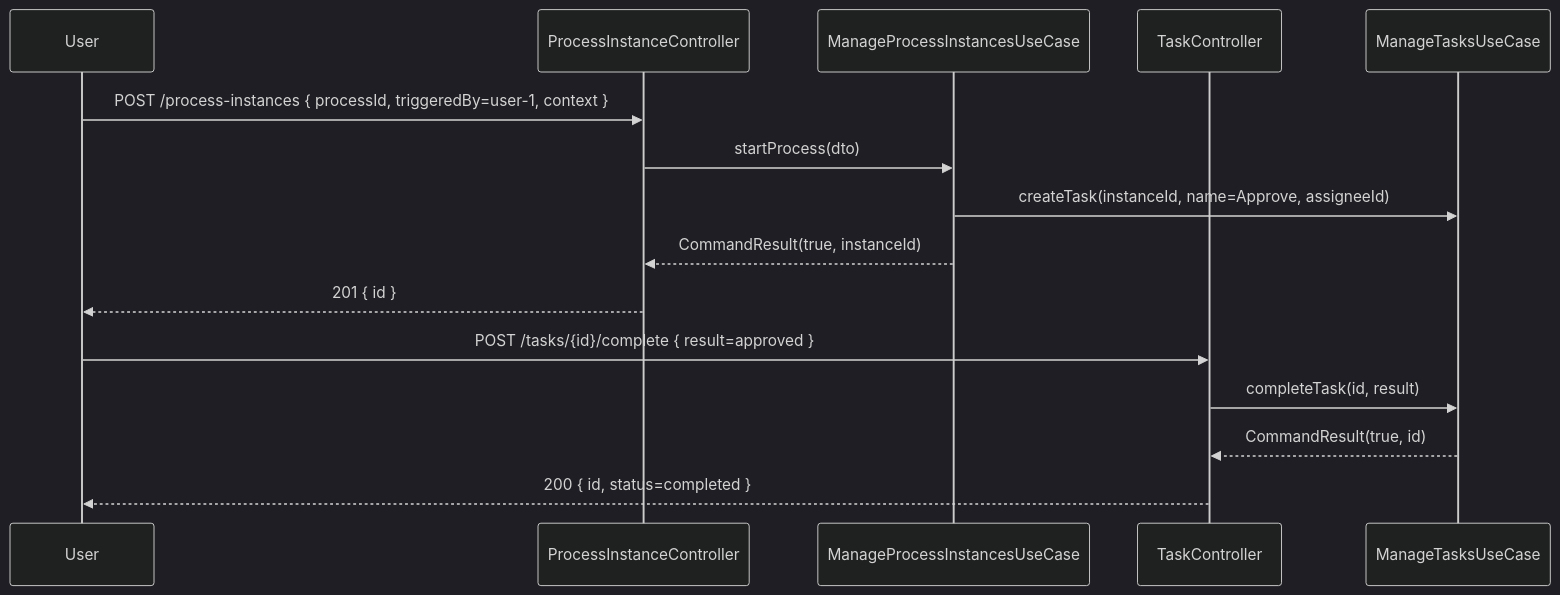
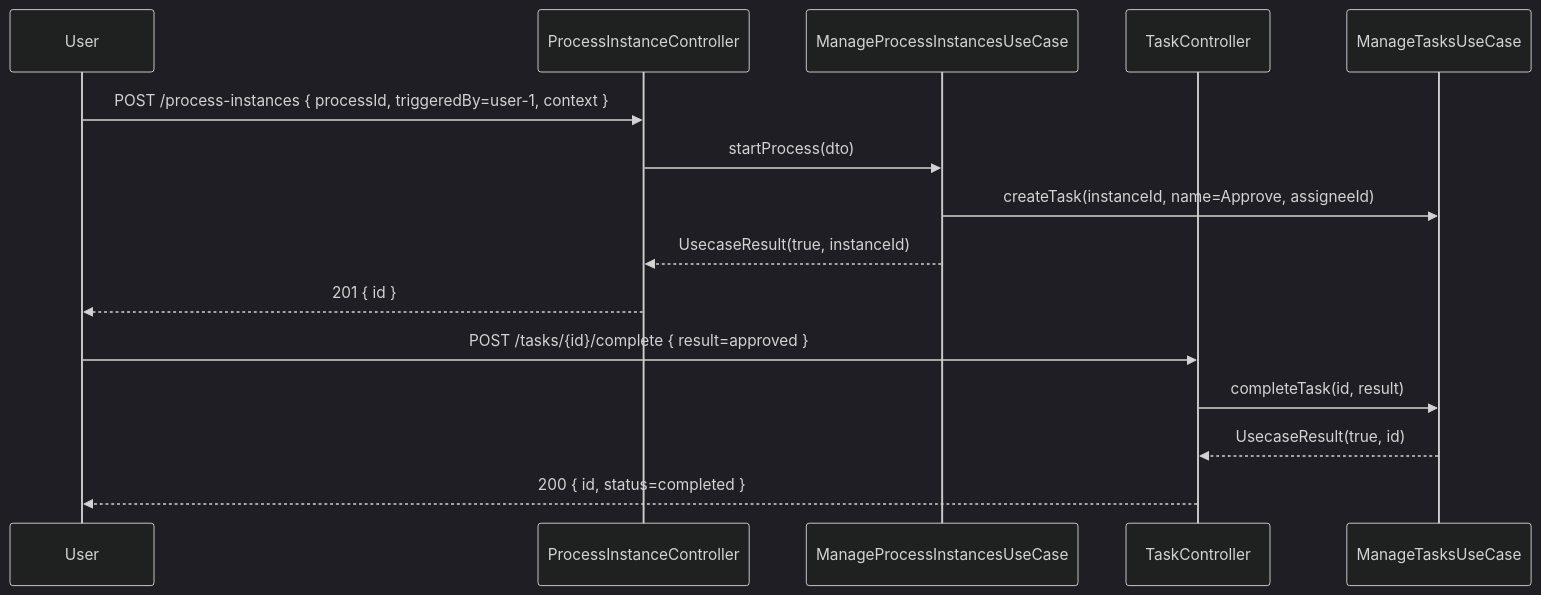
The third of 3 diagrams in process-automation/UML.md (UIMSolutions/uim-platform), drawn with Mermaid (dark theme) before and after one commit. The commit also changed 907 other files, not shown here.

Commit message:
Rename CommandResult

````diff
--- a/process-automation/UML.md
+++ b/process-automation/UML.md
@@ -158,19 +158,19 @@
 ```mermaid
 sequenceDiagram
     participant User
     participant PIC as ProcessInstanceController
     participant PIUC as ManageProcessInstancesUseCase
     participant TC as TaskController
     participant TUC as ManageTasksUseCase
 
     User->>PIC: POST /process-instances { processId, triggeredBy=user-1, context }
     PIC->>PIUC: startProcess(dto)
     PIUC->>TUC: createTask(instanceId, name=Approve, assigneeId)
-    PIUC-->>PIC: CommandResult(true, instanceId)
+    PIUC-->>PIC: UsecaseResult(true, instanceId)
     PIC-->>User: 201 { id }
 
     User->>TC: POST /tasks/{id}/complete { result=approved }
     TC->>TUC: completeTask(id, result)
-    TUC-->>TC: CommandResult(true, id)
+    TUC-->>TC: UsecaseResult(true, id)
     TC-->>User: 200 { id, status=completed }
 ```
````
